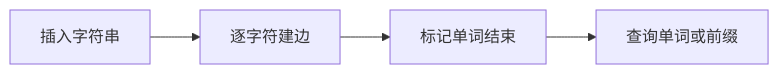
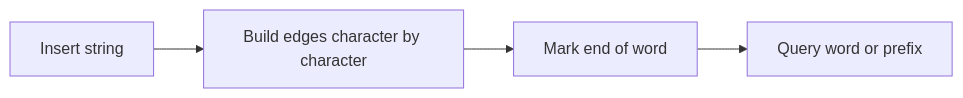
Before and after one commit to HONGLEI111/hhlblog-global: the diagram in src/content/technology/trie.md, drawn with Mermaid. The commit also changed 33 other files, not shown here.

First line of the commit message:
content(code): 翻译 mermaid 图节点标签（34 文件 / 267 处）

````diff
--- a/src/content/technology/trie.md
+++ b/src/content/technology/trie.md
@@ -228,6 +228,6 @@
 ```mermaid
 graph LR
-    A[插入字符串] --> B[逐字符建边]
-    B --> C[标记单词结束]
-    C --> D[查询单词或前缀]
+    A[Insert string] --> B[Build edges character by character]
+    B --> C[Mark end of word]
+    C --> D[Query word or prefix]
 ```
````
